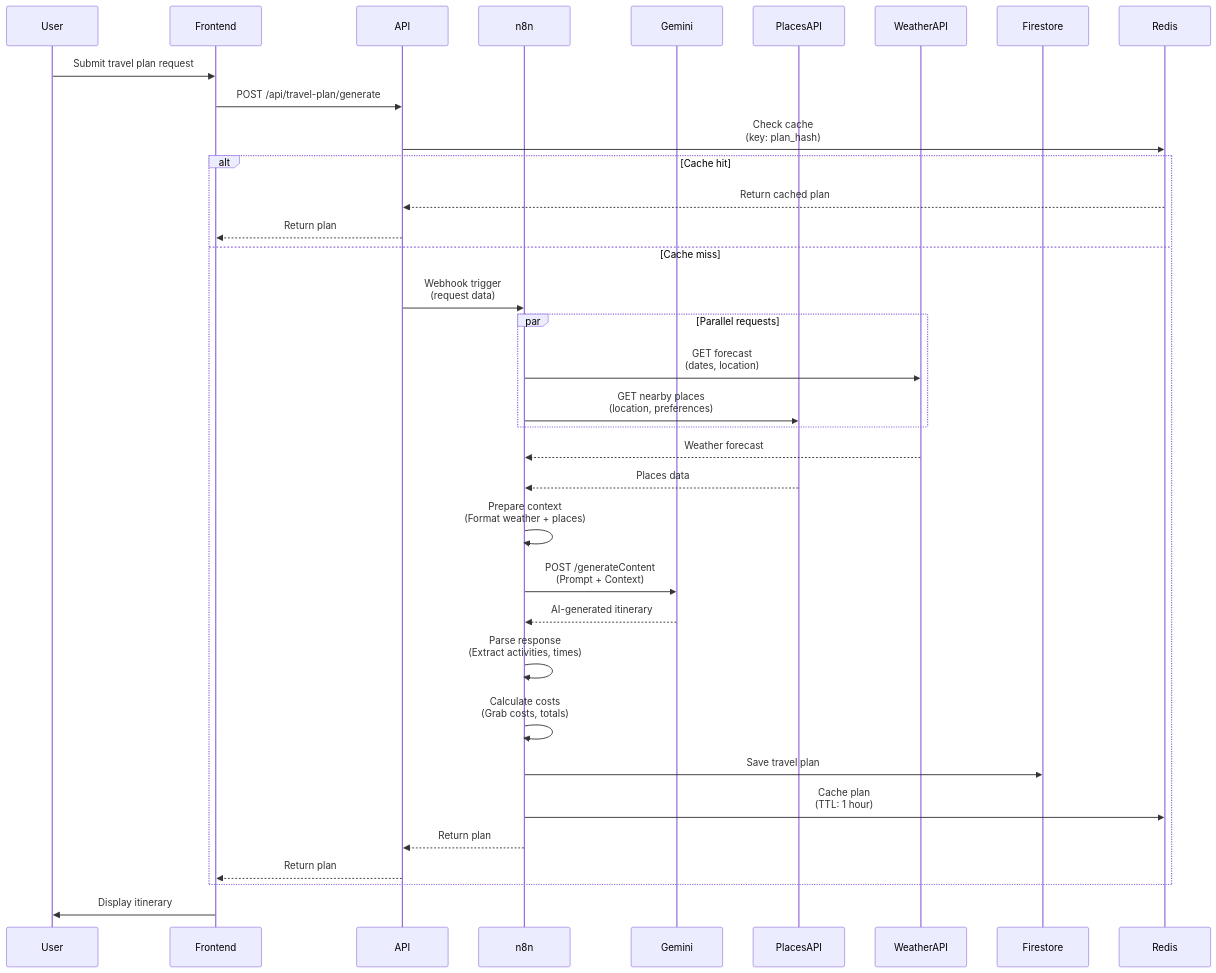
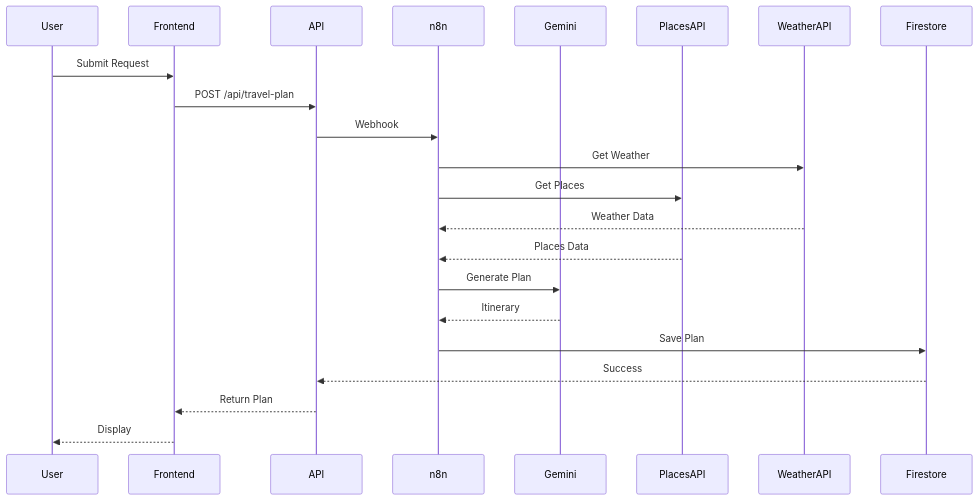
One commit to nvtank/AI_Assistant_DN changed the second of 8 diagrams in docs/future/07-Future-Data-Flow.md. Above: the diagram before and after it, drawn with Mermaid. The commit also changed other lines of this file and 3 other files, not shown here.

````diff
--- a/docs/future/07-Future-Data-Flow.md
+++ b/docs/future/07-Future-Data-Flow.md
@@ -62,45 +47,25 @@
 ```mermaid
 sequenceDiagram
     participant User
     participant Frontend
     participant API
     participant n8n
     participant Gemini
     participant PlacesAPI
     participant WeatherAPI
     participant Firestore
-    participant Redis
     
-    User->>Frontend: Submit travel plan request
-    Frontend->>API: POST /api/travel-plan/generate
-    API->>Redis: Check cache<br/>(key: plan_hash)
-    
-    alt Cache hit
-        Redis-->>API: Return cached plan
-        API-->>Frontend: Return plan
-    else Cache miss
-        API->>n8n: Webhook trigger<br/>(request data)
-        
-        par Parallel requests
-            n8n->>WeatherAPI: GET forecast<br/>(dates, location)
-            n8n->>PlacesAPI: GET nearby places<br/>(location, preferences)
-        end
-        
-        WeatherAPI-->>n8n: Weather forecast
-        PlacesAPI-->>n8n: Places data
-        
-        n8n->>n8n: Prepare context<br/>(Format weather + places)
-        n8n->>Gemini: POST /generateContent<br/>(Prompt + Context)
-        Gemini-->>n8n: AI-generated itinerary
-        
-        n8n->>n8n: Parse response<br/>(Extract activities, times)
-        n8n->>n8n: Calculate costs<br/>(Grab costs, totals)
-        
-        n8n->>Firestore: Save travel plan
-        n8n->>Redis: Cache plan<br/>(TTL: 1 hour)
-        n8n-->>API: Return plan
-        API-->>Frontend: Return plan
-    end
-    
-    Frontend->>User: Display itinerary
+    User->>Frontend: Submit Request
+    Frontend->>API: POST /api/travel-plan
+    API->>n8n: Webhook
+    n8n->>WeatherAPI: Get Weather
+    n8n->>PlacesAPI: Get Places
+    WeatherAPI-->>n8n: Weather Data
+    PlacesAPI-->>n8n: Places Data
+    n8n->>Gemini: Generate Plan
+    Gemini-->>n8n: Itinerary
+    n8n->>Firestore: Save Plan
+    Firestore-->>API: Success
+    API-->>Frontend: Return Plan
+    Frontend-->>User: Display
 ```
````
